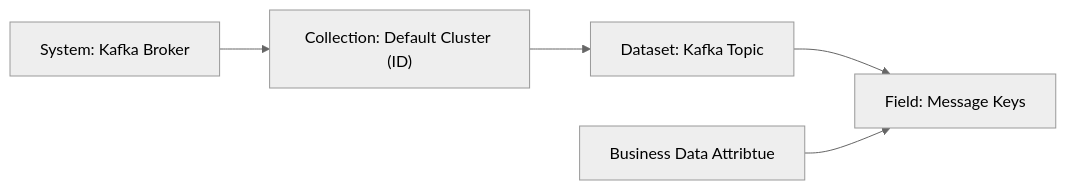
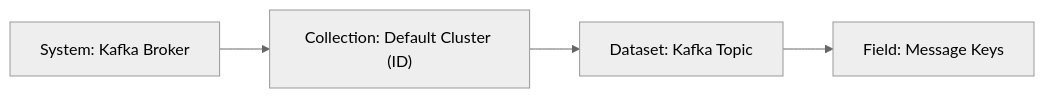
The diagram in apps/m4i-data-dictionary-io/m4i_data_dictionary_io/sources/kafka/README.md (aureliusenterprise/aurelius), drawn with Mermaid (neutral theme) before and after one commit. The commit also changed other lines of this file and 2 other files, not shown here.

Commit message:
Remove Data Attribute

````diff
--- a/apps/m4i-data-dictionary-io/m4i_data_dictionary_io/sources/kafka/README.md
+++ b/apps/m4i-data-dictionary-io/m4i_data_dictionary_io/sources/kafka/README.md
@@ -9,7 +9,6 @@
 ```mermaid
 graph LR
     A["System: Kafka Broker"] --> B["Collection: Default Cluster (ID)"]
     B --> C["Dataset: Kafka Topic"]
     C --> D["Field: Message Keys"]
-    E["Business Data Attribtue"] --> D
 ```
````
